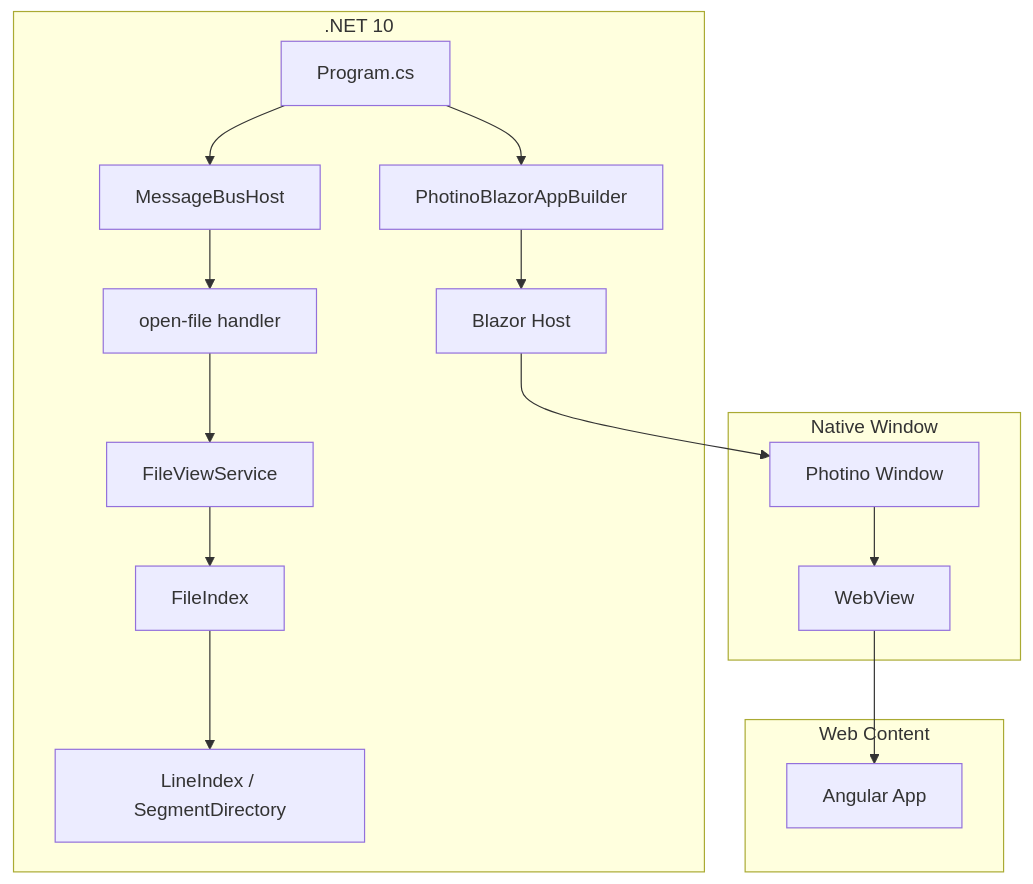
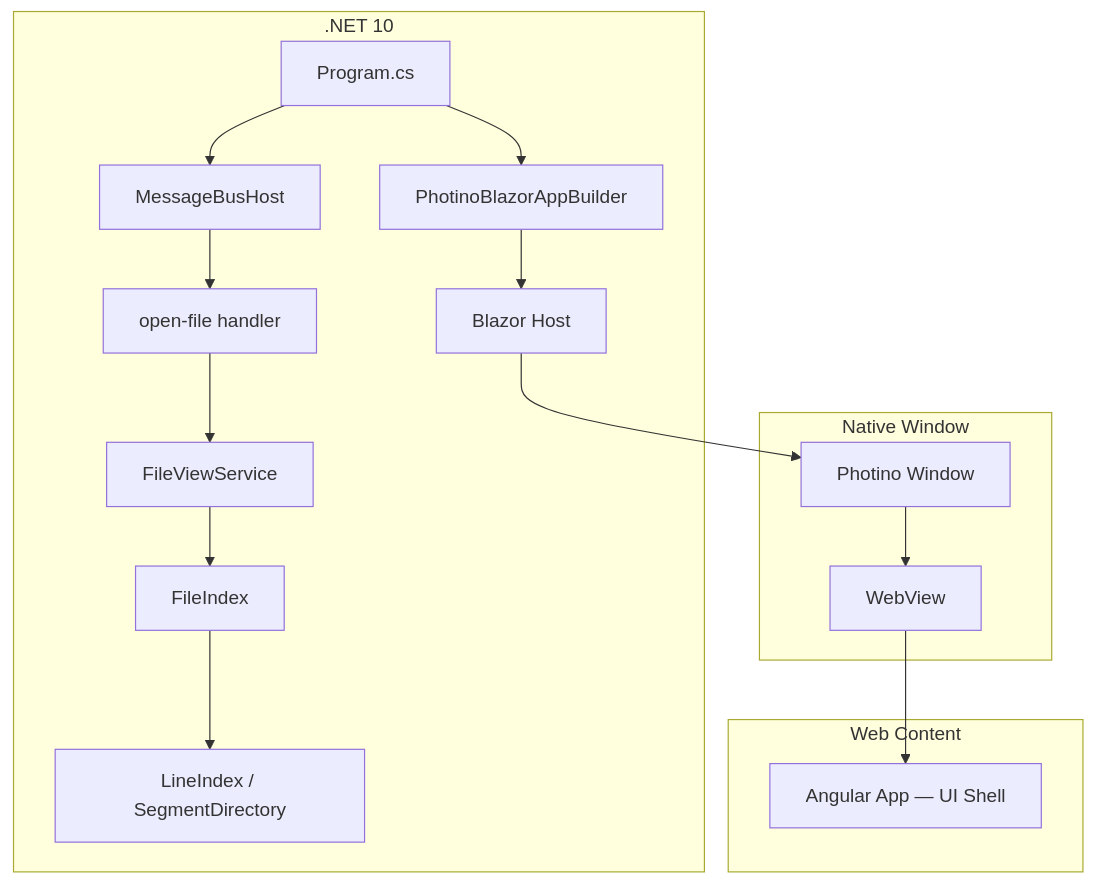
One commit to HerrDmitry/TextViewer changed the diagram in .kiro/specs/_global/design.md. Above: the diagram before and after it, drawn with Mermaid. The commit also changed other lines of this file and 6 other files, not shown here.

````diff
--- a/.kiro/specs/_global/design.md
+++ b/.kiro/specs/_global/design.md
@@ -13,23 +18,23 @@
 ```mermaid
 graph TD
     A[Program.cs] --> B[PhotinoBlazorAppBuilder]
     B --> C[Blazor Host]
     C --> D[Photino Window]
     D --> E[WebView]
-    E --> F[Angular App]
+    E --> F[Angular App — UI Shell]
     A --> G[MessageBusHost]
     G --> H[open-file handler]
     H --> I[FileViewService]
     I --> J[FileIndex]
     J --> K[LineIndex / SegmentDirectory]
 
     subgraph ".NET 10"
         A; B; C; G; H; I; J; K
     end
     subgraph "Native Window"
         D; E
     end
     subgraph "Web Content"
         F
     end
 ```
````
